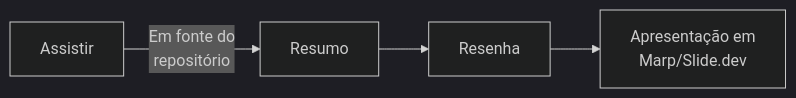
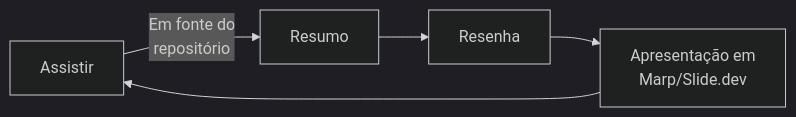
The second of 3 diagrams in README.md (dnlclaudino/gestao-do-conhecimento), drawn with Mermaid (dark theme) before and after one commit. The commit also changed other lines of this file, not shown here.

````diff
--- a/README.md
+++ b/README.md
@@ -43,6 +44,7 @@
 ```mermaid
 graph LR;
     A[Assistir]-- Em fonte do<br>repositório -->C[Resumo];
     C-->D[Resenha];
     D-->E[Apresentação em<br>Marp/Slide.dev];
+    E-->A
 ```
````
